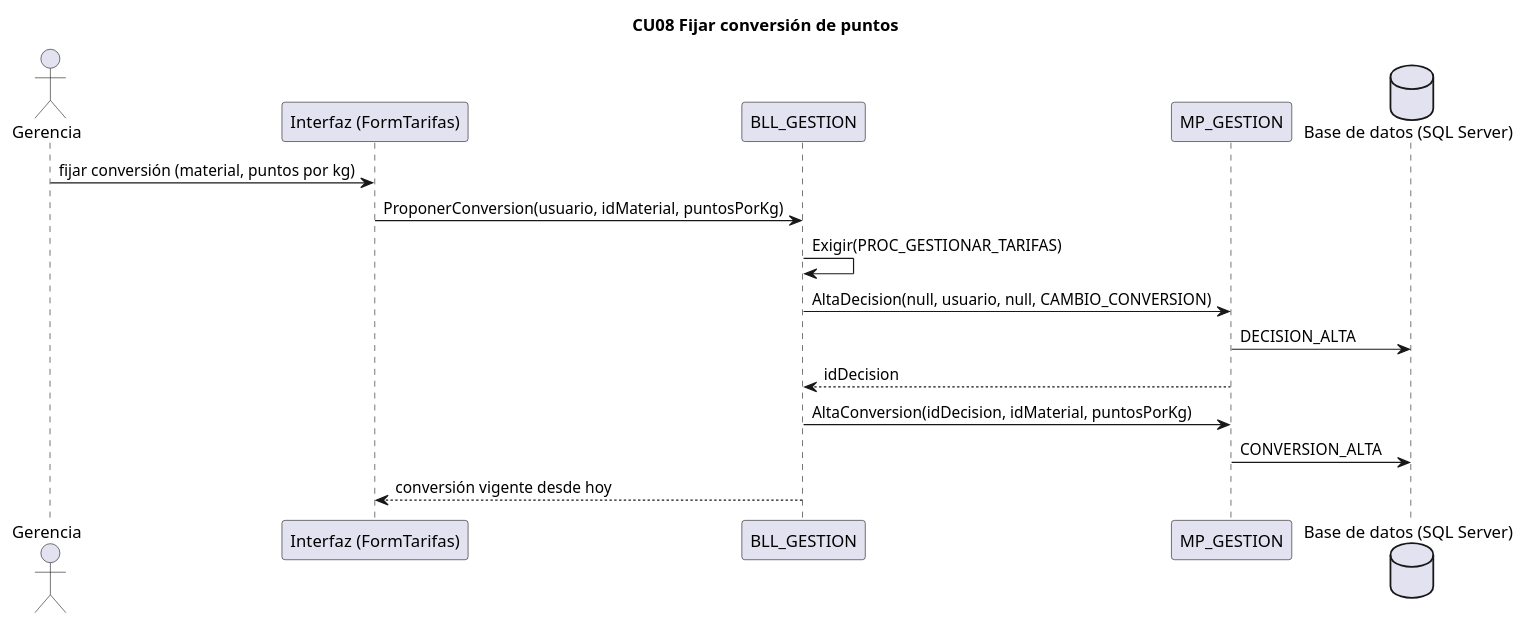
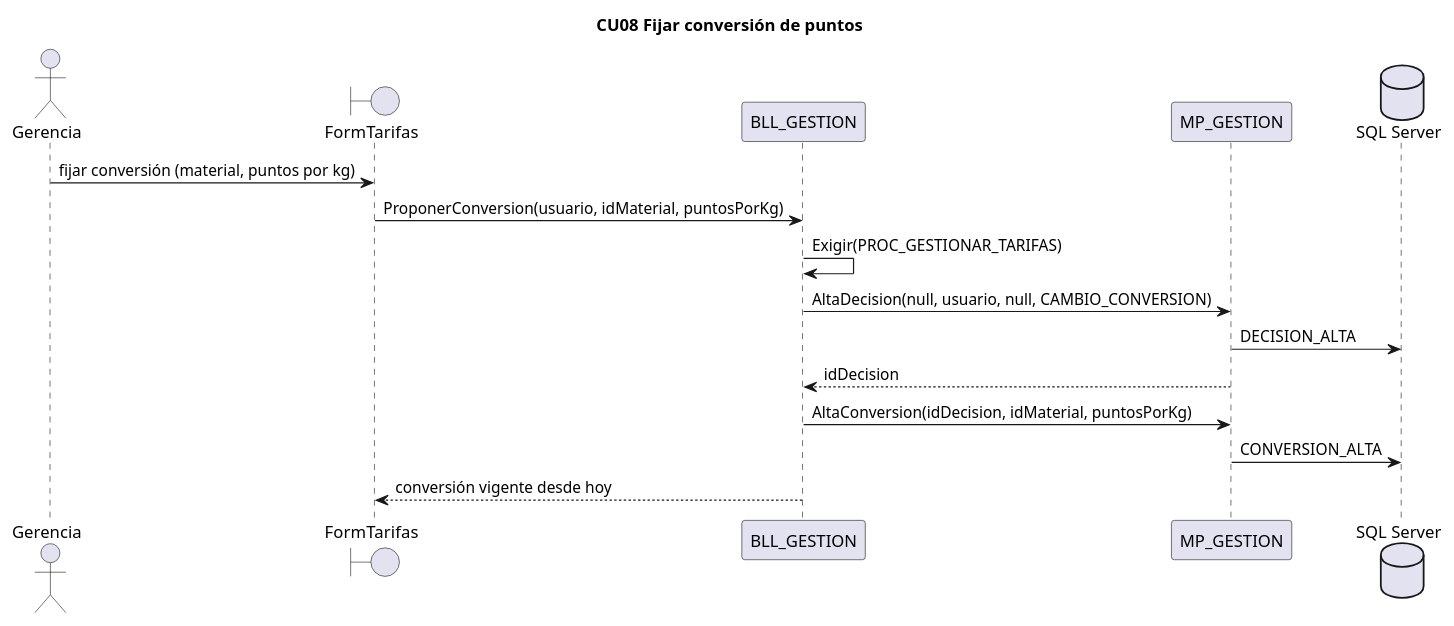
One commit to L-Muniz/uai-diploma_2026 changed the diagram in docs/diagramas/secuencias/CU08_fijar_conversion.puml. Above: the diagram before and after it, drawn with PlantUML. The commit also changed 36 other files, not shown here.

Commit message:
Docs: secuencias con símbolos de interfaz (boundary) y base de datos (database) de PlantUML

```diff
--- a/docs/diagramas/secuencias/CU08_fijar_conversion.puml
+++ b/docs/diagramas/secuencias/CU08_fijar_conversion.puml
@@ -1,17 +1,17 @@
 @startuml CU08
 title CU08 Fijar conversión de puntos
 actor Gerencia
-participant "Interfaz (FormTarifas)" as IU
+boundary "FormTarifas" as IU
 participant "BLL_GESTION" as BLL
 participant "MP_GESTION" as DAL
-database "Base de datos (SQL Server)" as BD
+database "SQL Server" as BD
 Gerencia -> IU : fijar conversión (material, puntos por kg)
 IU -> BLL : ProponerConversion(usuario, idMaterial, puntosPorKg)
 BLL -> BLL : Exigir(PROC_GESTIONAR_TARIFAS)
 BLL -> DAL : AltaDecision(null, usuario, null, CAMBIO_CONVERSION)
 DAL -> BD : DECISION_ALTA
 DAL --> BLL : idDecision
 BLL -> DAL : AltaConversion(idDecision, idMaterial, puntosPorKg)
 DAL -> BD : CONVERSION_ALTA
 BLL --> IU : conversión vigente desde hoy
 @enduml
```
